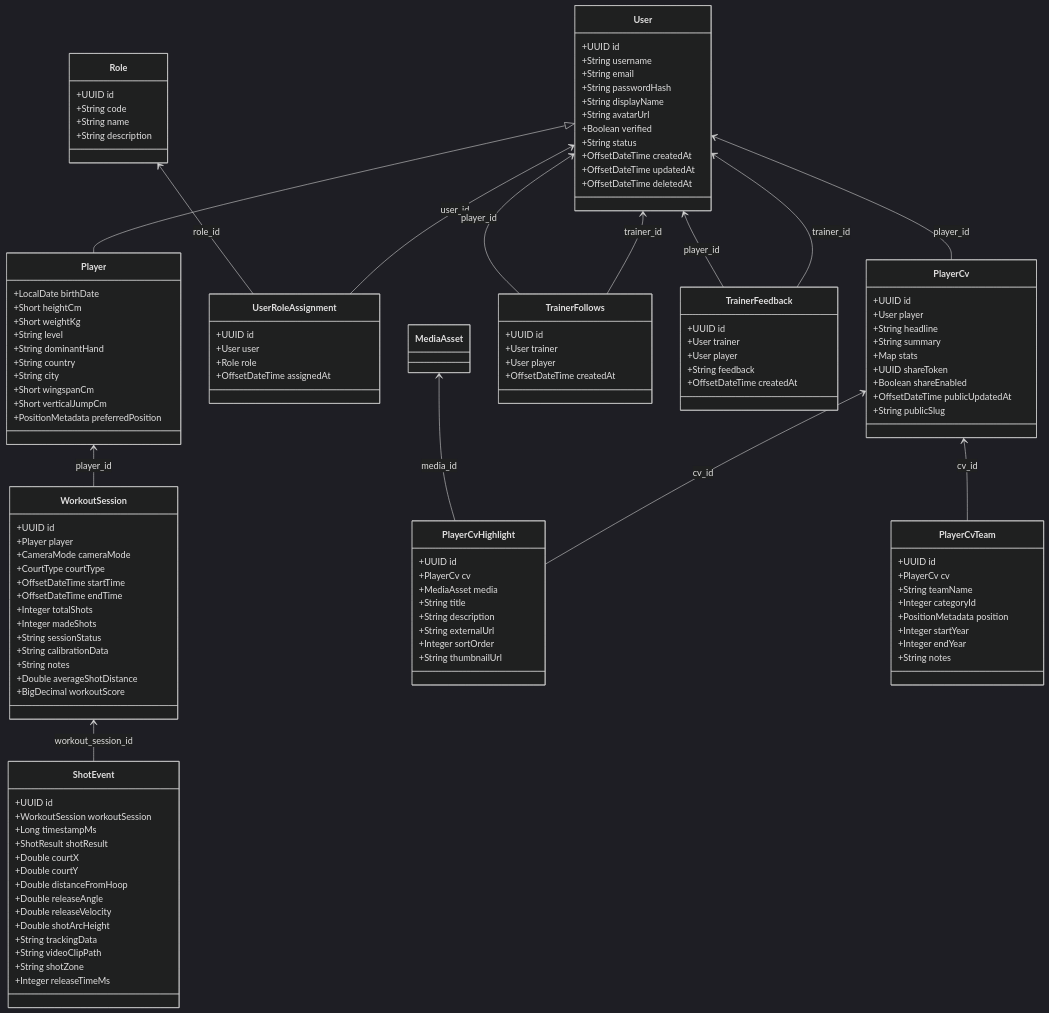
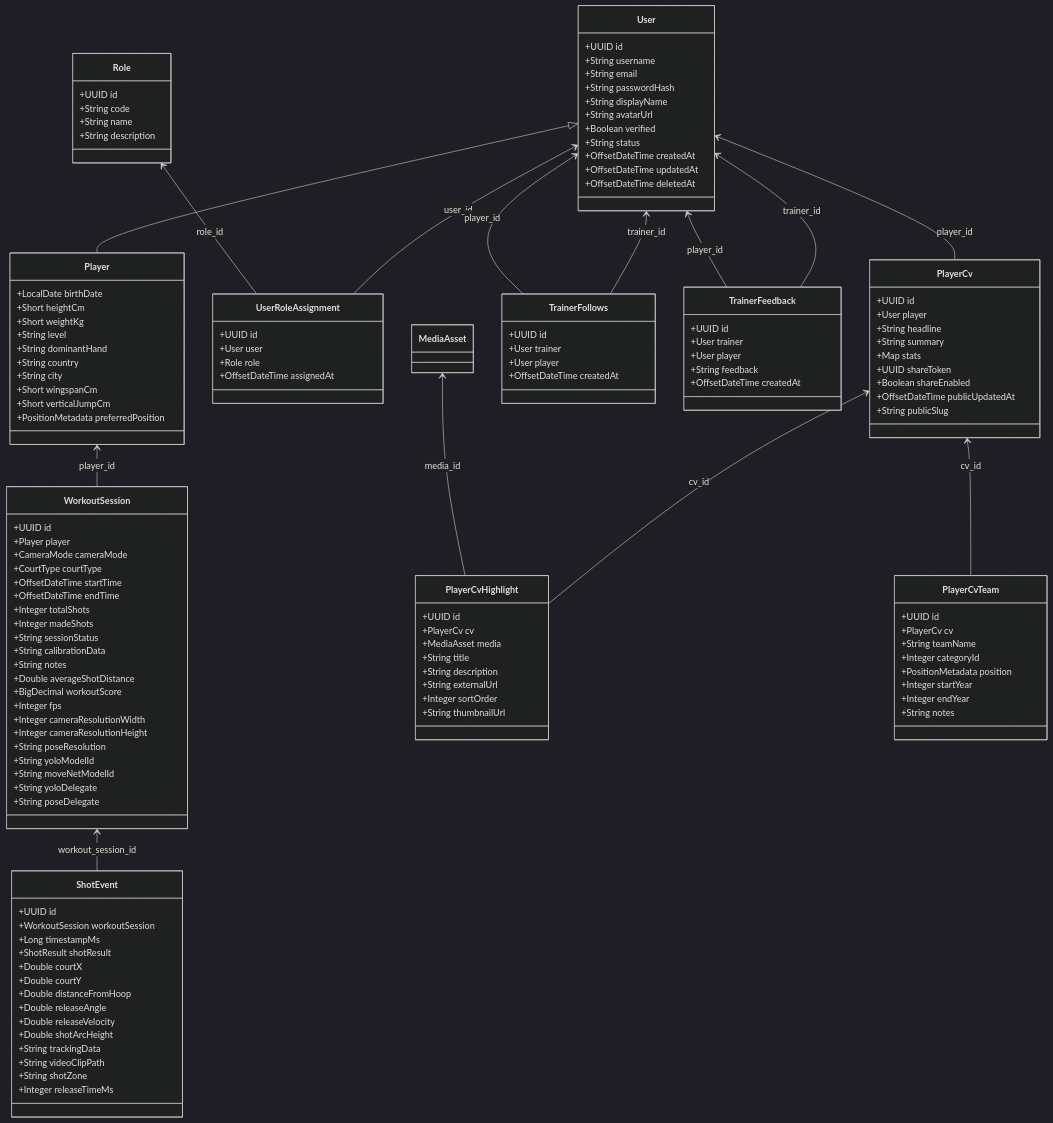
The diagram in ANALISI_BACKEND.md (robmir77/mvpiq-hoops-backend), drawn with Mermaid (dark theme) before and after one commit. The commit also changed other lines of this file and 6 other files, not shown here.

```diff
--- a/ANALISI_BACKEND.md
+++ b/ANALISI_BACKEND.md
@@ -229,6 +229,14 @@
         +String notes
         +Double averageShotDistance
         +BigDecimal workoutScore
+        +Integer fps
+        +Integer cameraResolutionWidth
+        +Integer cameraResolutionHeight
+        +String poseResolution
+        +String yoloModelId
+        +String moveNetModelId
+        +String yoloDelegate
+        +String poseDelegate
     }
     class ShotEvent {
         +UUID id
```
